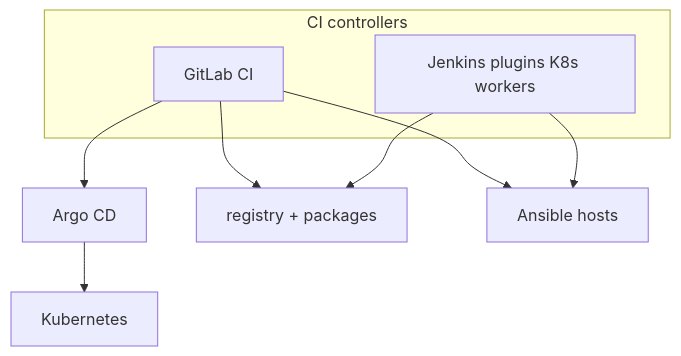
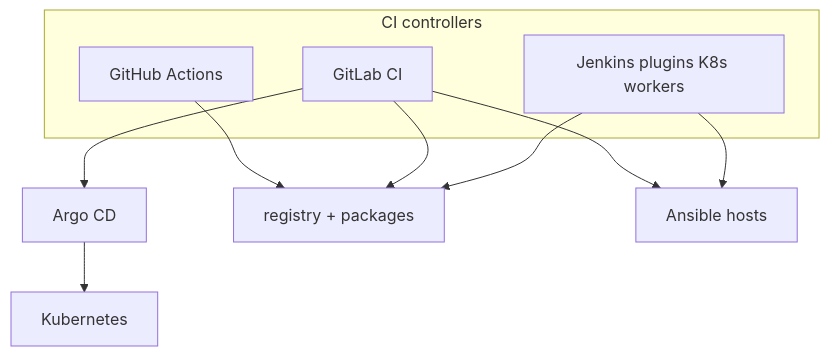
The first of 4 diagrams in diagrams/iac/ci-turnkey.md (NarberallGamma/narberall-platform-engineer-lab), drawn with Mermaid before and after one commit. The commit also changed other lines of this file and 226 other files, not shown here.

````diff
--- a/diagrams/iac/ci-turnkey.md
+++ b/diagrams/iac/ci-turnkey.md
@@ -8,13 +9,15 @@
 ```mermaid
 flowchart TB
   subgraph controllers [CI controllers]
     JK[Jenkins plugins K8s workers]
     GL[GitLab CI]
+    GHA[GitHub Actions]
   end
   GL --> Argo[Argo CD]
   JK --> Reg[registry + packages]
   GL --> Reg
+  GHA --> Reg
   Argo --> K8s[Kubernetes]
   JK --> ANS[Ansible hosts]
   GL --> ANS
 ```
````
